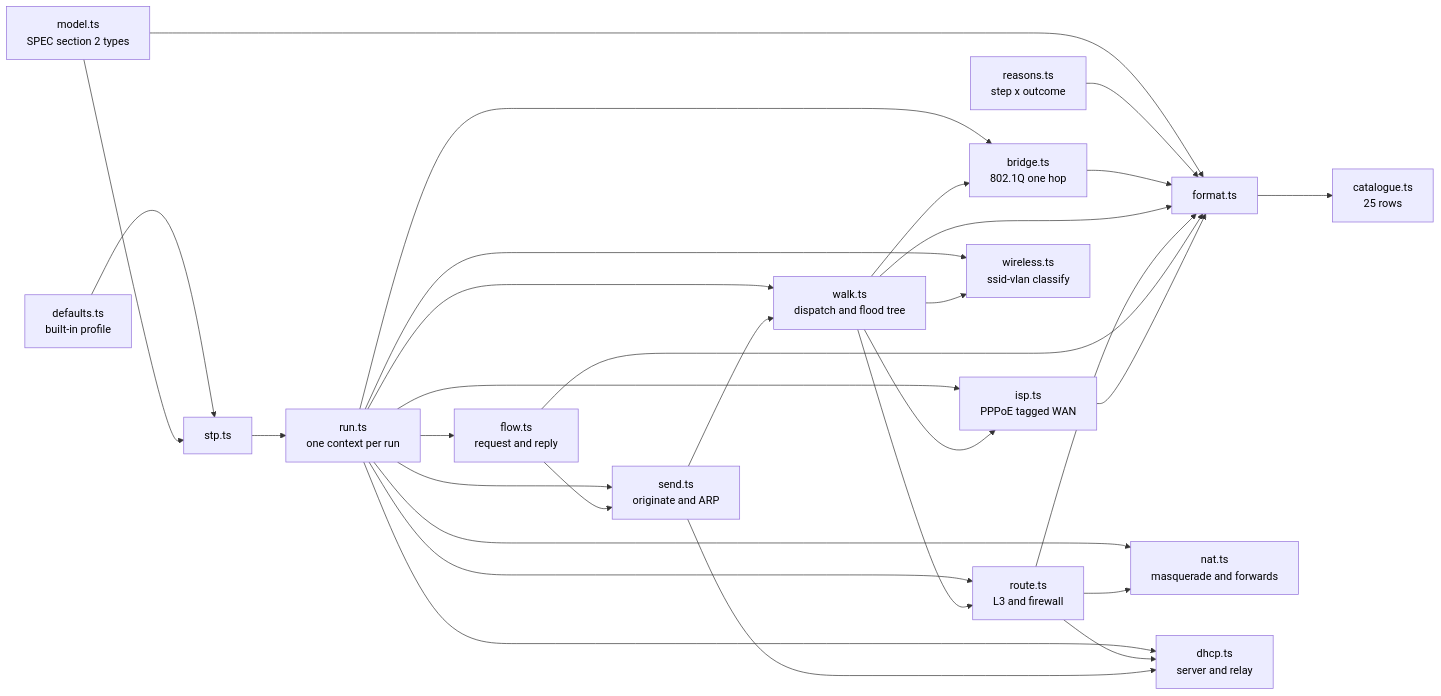
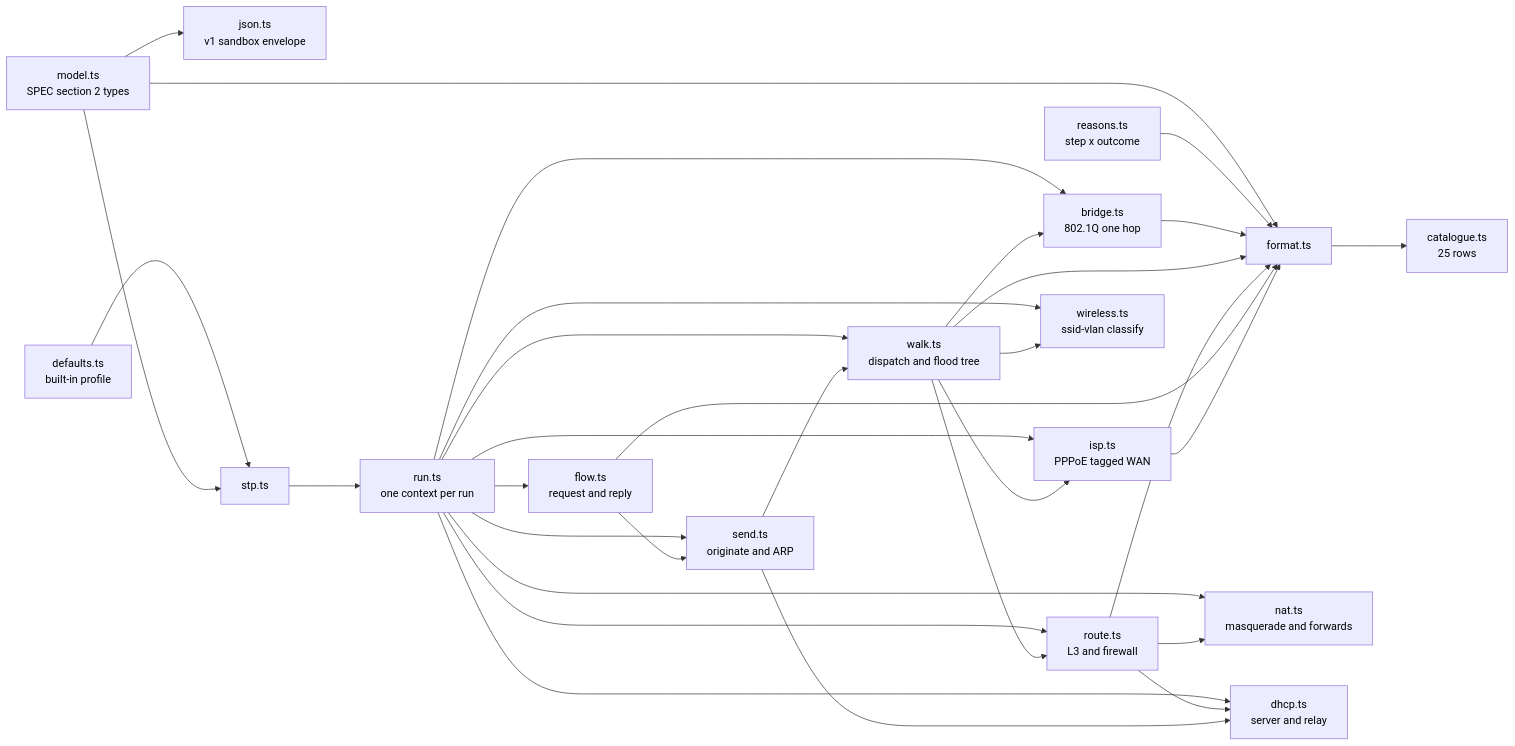
One commit to alanfong93/network-sandbox changed the first of 3 diagrams in docs/architecture.md. Above: the diagram before and after it, drawn with Mermaid. The commit also changed other lines of this file and 9 other files, not shown here.

First line of the commit message:
feat: round-trip Topology through sandbox JSON (#57) (#59)

````diff
--- a/docs/architecture.md
+++ b/docs/architecture.md
@@ -26,48 +28,50 @@
 ```mermaid
 flowchart LR
     M[model.ts<br>SPEC section 2 types] --> F[format.ts]
+    M --> J[json.ts<br>v1 sandbox envelope]
     R[reasons.ts<br>step x outcome] --> F
     F --> C[catalogue.ts<br>25 rows]
     D[defaults.ts<br>built-in profile] --> S[stp.ts]
     M --> S
     S --> U[run.ts<br>one context per run]
     U --> B[bridge.ts<br>802.1Q one hop]
     U --> W[walk.ts<br>dispatch and flood tree]
     U --> O[route.ts<br>L3 and firewall]
     U --> NA[nat.ts<br>masquerade and forwards]
     U --> DH[dhcp.ts<br>server and relay]
     U --> ISP[isp.ts<br>PPPoE tagged WAN]
     U --> WL[wireless.ts<br>ssid-vlan classify]
     U --> N[send.ts<br>originate and ARP]
     U --> L[flow.ts<br>request and reply]
     W --> B
     W --> O
     W --> ISP
     W --> WL
     O --> NA
     O --> DH
     N --> W
     N --> DH
     L --> N
     B --> F
     W --> F
     O --> F
     L --> F
     ISP --> F
     style M color:#000
+    style J color:#000
     style R color:#000
     style F color:#000
     style C color:#000
     style D color:#000
     style S color:#000
     style U color:#000
     style B color:#000
     style W color:#000
     style O color:#000
     style NA color:#000
     style DH color:#000
     style ISP color:#000
     style WL color:#000
     style N color:#000
     style L color:#000
 ```
````
